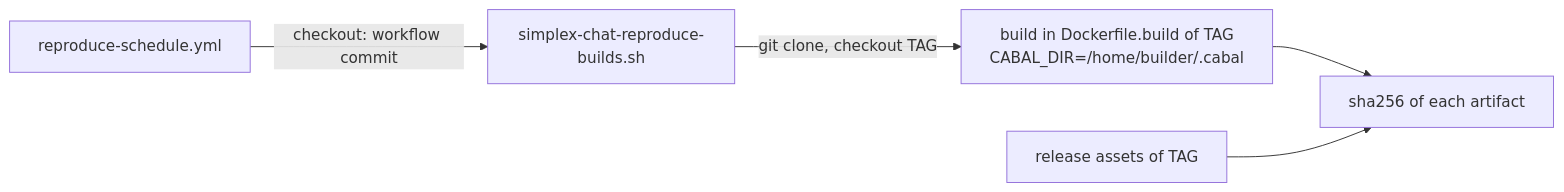
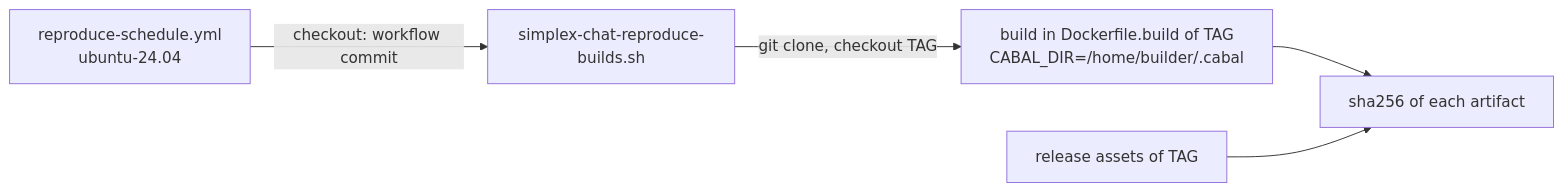
The diagram in plans/2026-11-20-reproduce-cabal-dir.md (simplex-chat/simplex-chat), drawn with Mermaid before and after one commit. The commit also changed other lines of this file and 1 other file, not shown here.

Commit message:
ci: reproduce releases on the Ubuntu 24.04 runner

````diff
--- a/plans/2026-11-20-reproduce-cabal-dir.md
+++ b/plans/2026-11-20-reproduce-cabal-dir.md
@@ -35,7 +51,7 @@
 ```mermaid
 flowchart LR
-  W["reproduce-schedule.yml"] -->|"checkout: workflow commit"| S["simplex-chat-reproduce-builds.sh"]
+  W["reproduce-schedule.yml<br>ubuntu-24.04"] -->|"checkout: workflow commit"| S["simplex-chat-reproduce-builds.sh"]
   S -->|"git clone, checkout TAG"| B["build in Dockerfile.build of TAG<br>CABAL_DIR=/home/builder/.cabal"]
   B --> C["sha256 of each artifact"]
   R["release assets of TAG"] --> C
 ```
````
